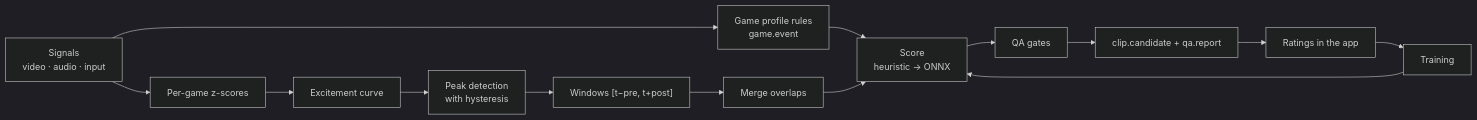
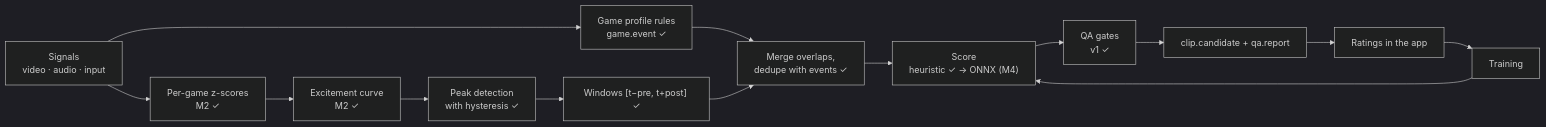
One commit to Joshmh7128/Lookback changed the fourth of 5 diagrams in docs/wiki/Architecture.md. Above: the diagram before and after it, drawn with Mermaid (dark theme). The commit also changed other lines of this file and 11 other files, not shown here.

First line of the commit message:
Docs: Clipper wiki page; Architecture, Testbench, Testing, Home, sidebar for M2

````diff
--- a/docs/wiki/Architecture.md
+++ b/docs/wiki/Architecture.md
@@ -122,15 +123,15 @@
 ```mermaid
 flowchart LR
-    S[Signals<br/>video · audio · input] --> N[Per-game z-scores]
-    S --> GP[Game profile rules<br/>game.event]
-    GP --> SC
-    N --> C[Excitement curve]
-    C --> P[Peak detection<br/>with hysteresis]
-    P --> W["Windows [t−pre, t+post]"]
-    W --> M[Merge overlaps]
-    M --> SC[Score<br/>heuristic → ONNX]
-    SC --> QA[QA gates]
+    S[Signals<br/>video · audio · input] --> N["Per-game z-scores<br/>M2 ✓"]
+    S --> GP[Game profile rules<br/>game.event ✓]
+    GP --> M
+    N --> C["Excitement curve<br/>M2 ✓"]
+    C --> P["Peak detection<br/>with hysteresis ✓"]
+    P --> W["Windows [t−pre, t+post] ✓"]
+    W --> M["Merge overlaps,<br/>dedupe with events ✓"]
+    M --> SC["Score<br/>heuristic ✓ → ONNX (M4)"]
+    SC --> QA["QA gates<br/>v1 ✓"]
     QA --> OUT[clip.candidate + qa.report]
     OUT --> R[Ratings in the app]
     R --> T[Training] --> SC
 ```
````
